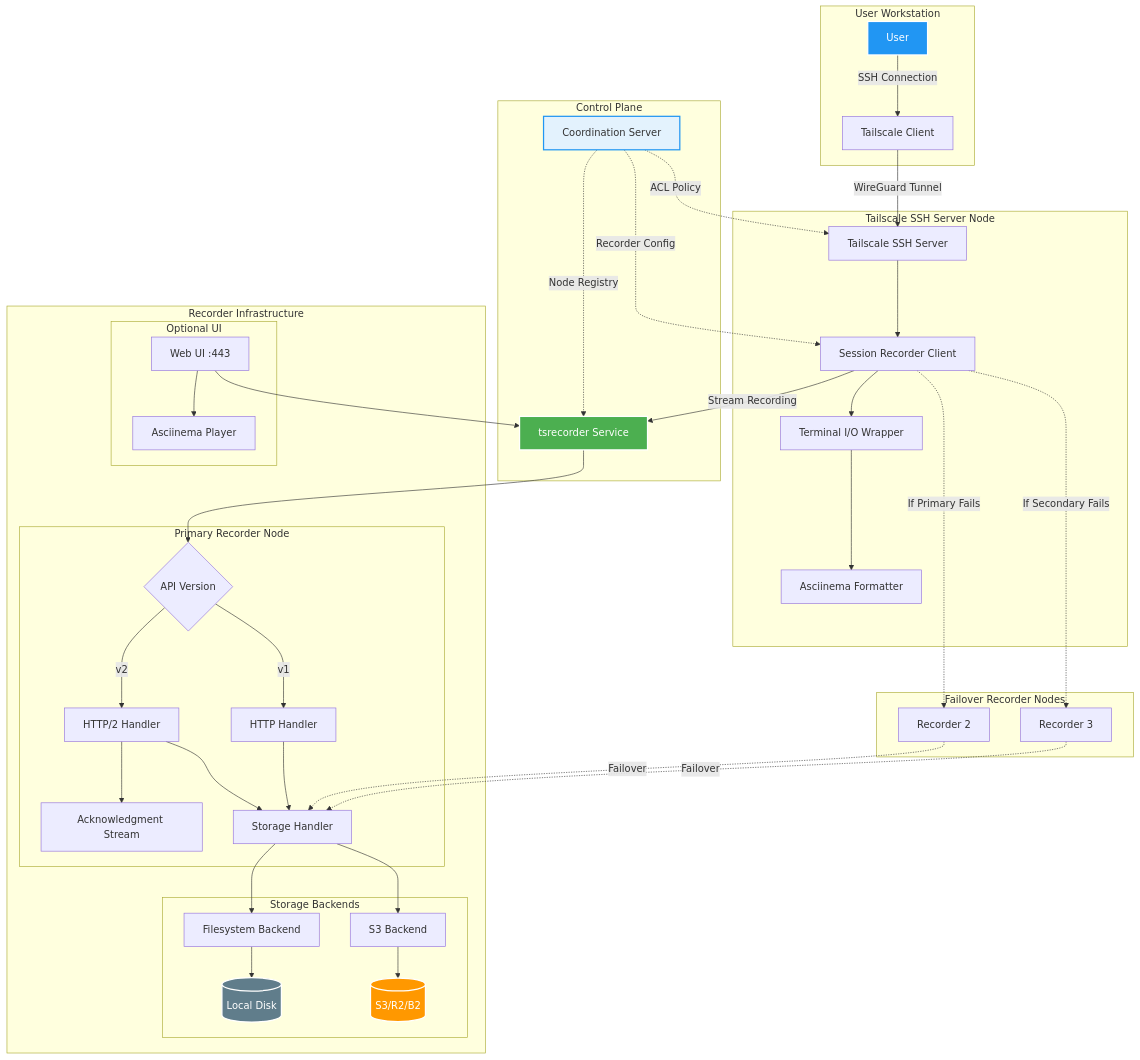
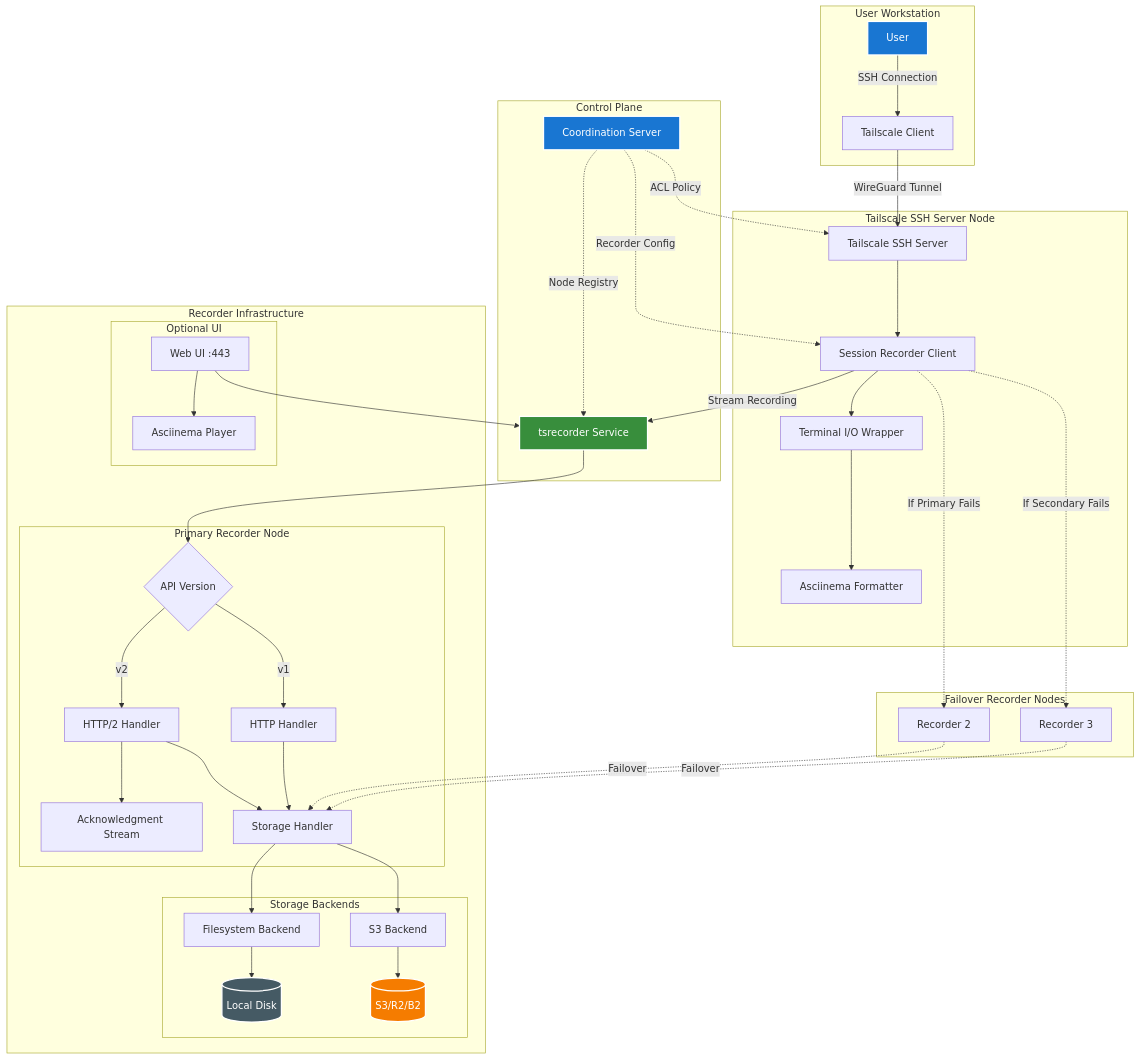
One commit to rajsinghtech/claude-diagrams changed the first of 11 diagrams in content/diagrams/system-design/tailscale-recorder-architecture/index.md. Above: the diagram before and after it, drawn with Mermaid. The commit also changed other lines of this file and 5 other files, not shown here.

First line of the commit message:
Enhance SVG diagram standards and validation processes

````diff
--- a/content/diagrams/system-design/tailscale-recorder-architecture/index.md
+++ b/content/diagrams/system-design/tailscale-recorder-architecture/index.md
@@ -13,58 +13,58 @@
 ```mermaid
 graph TB
     subgraph "User Workstation"
         U[User] -->|SSH Connection| TC[Tailscale Client]
     end
     
     subgraph "Tailscale SSH Server Node"
         TC -->|WireGuard Tunnel| TS[Tailscale SSH Server]
         TS --> SR[Session Recorder Client]
         SR --> TIO[Terminal I/O Wrapper]
         TIO --> ASC[Asciinema Formatter]
     end
     
     subgraph "Control Plane"
         CP[Coordination Server] -.->|ACL Policy| TS
         CP -.->|Recorder Config| SR
         CP -.->|Node Registry| RN
     end
     
     subgraph "Recorder Infrastructure"
         subgraph "Primary Recorder Node"
             RN[tsrecorder Service]
             RN --> API{API Version}
             API -->|v2| V2[HTTP/2 Handler]
             API -->|v1| V1[HTTP Handler]
             V2 --> ACK[Acknowledgment Stream]
             V2 --> ST[Storage Handler]
             V1 --> ST
         end
         
         subgraph "Storage Backends"
             ST --> FS[Filesystem Backend]
             ST --> S3[S3 Backend]
             FS --> DISK[(Local Disk)]
             S3 --> CLOUD[(S3/R2/B2)]
         end
         
         subgraph "Optional UI"
             WEB[Web UI :443] --> RN
             WEB --> PLAYER[Asciinema Player]
         end
     end
     
     subgraph "Failover Recorder Nodes"
         RN2[Recorder 2] -.->|Failover| ST
         RN3[Recorder 3] -.->|Failover| ST
     end
     
     SR -->|Stream Recording| RN
     SR -.->|If Primary Fails| RN2
     SR -.->|If Secondary Fails| RN3
     
-    style U fill:#2196f3,stroke:#fff,stroke-width:2px,color:#fff
-    style CP fill:#e3f2fd,stroke:#2196f3,stroke-width:2px
-    style RN fill:#4caf50,stroke:#fff,stroke-width:2px,color:#fff
-    style CLOUD fill:#ff9800,stroke:#fff,stroke-width:2px,color:#fff
-    style DISK fill:#607d8b,stroke:#fff,stroke-width:2px,color:#fff
+    style U fill:#1976d2,stroke:#fff,stroke-width:2px,color:#fff
+    style CP fill:#1976d2,stroke:#fff,stroke-width:2px,color:#fff
+    style RN fill:#388e3c,stroke:#fff,stroke-width:2px,color:#fff
+    style CLOUD fill:#f57c00,stroke:#fff,stroke-width:2px,color:#fff
+    style DISK fill:#455a64,stroke:#fff,stroke-width:2px,color:#fff
 ```
````
